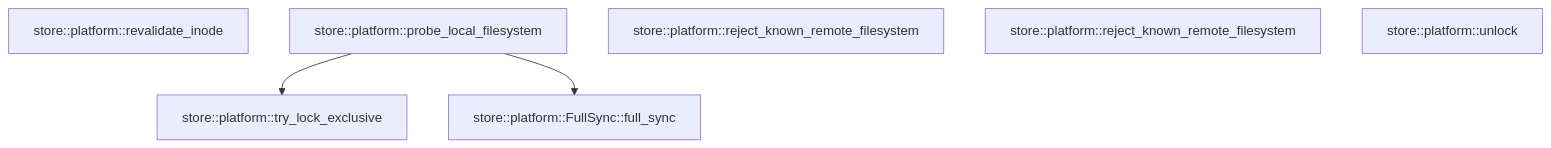
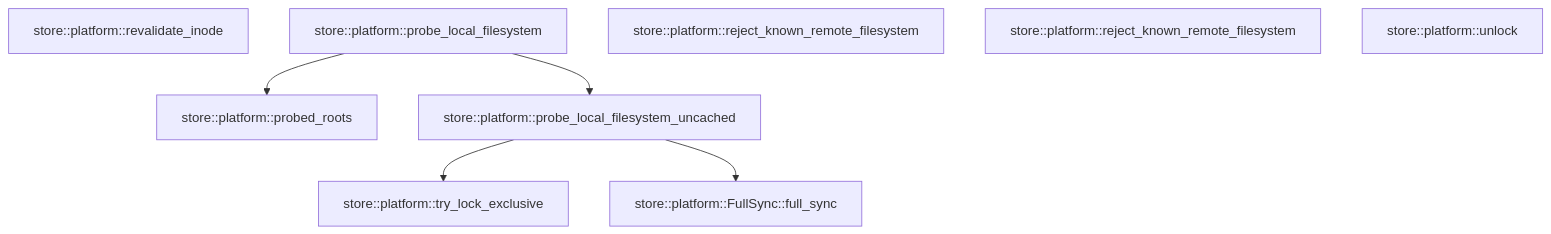
One commit to TekesApps/TekesKernel changed the second of 2 diagrams in crates/store/docs/generated/src--platform.md. Above: the diagram before and after it, drawn with Mermaid. The commit also changed other lines of this file and 125 other files, not shown here.

````diff
--- a/crates/store/docs/generated/src--platform.md
+++ b/crates/store/docs/generated/src--platform.md
@@ -124,12 +127,16 @@
 ```mermaid
 flowchart TD
   n0["store::platform::try_lock_exclusive"]
   n1["store::platform::revalidate_inode"]
-  n2["store::platform::probe_local_filesystem"]
-  n3["store::platform::reject_known_remote_filesystem"]
-  n4["store::platform::reject_known_remote_filesystem"]
-  n5["store::platform::unlock"]
+  n2["store::platform::probed_roots"]
+  n3["store::platform::probe_local_filesystem"]
+  n4["store::platform::probe_local_filesystem_uncached"]
+  n5["store::platform::reject_known_remote_filesystem"]
   n6["store::platform::FullSync::full_sync"]
-  n2 --> n0
-  n2 --> n6
+  n7["store::platform::reject_known_remote_filesystem"]
+  n8["store::platform::unlock"]
+  n3 --> n2
+  n3 --> n4
+  n4 --> n0
+  n4 --> n6
 ```
````
